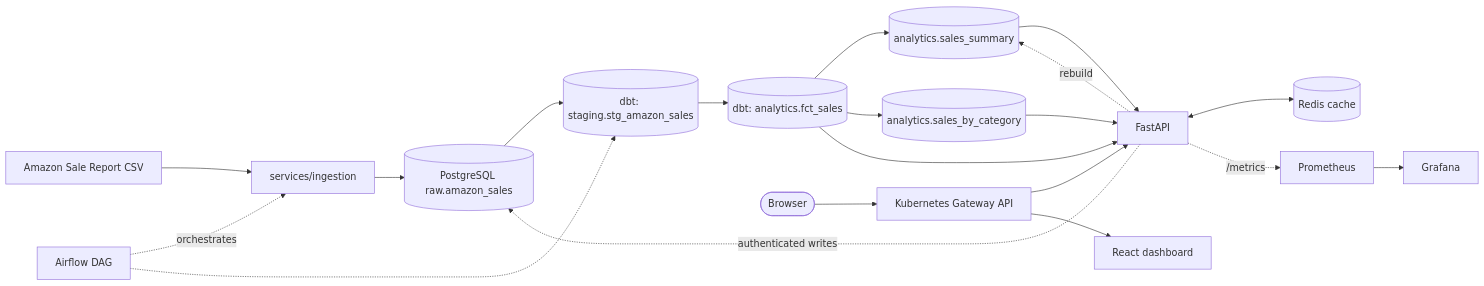
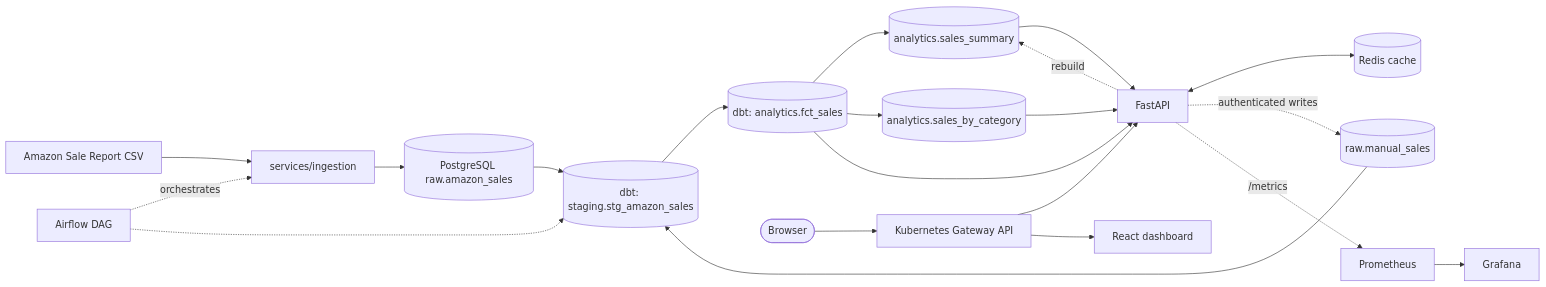
One commit to dvtbn19/e-commerce-sale-analysis-pipeline changed the diagram in README.md. Above: the diagram before and after it, drawn with Mermaid. The commit also changed other lines of this file, not shown here.

First line of the commit message:
docs: describe the two-source raw layer

````diff
--- a/README.md
+++ b/README.md
@@ -18,27 +18,28 @@
 ```mermaid
 flowchart LR
     CSV["Amazon Sale Report CSV"] --> ING["services/ingestion"]
     ING --> RAW[("PostgreSQL raw.amazon_sales")]
+    MANUAL[("raw.manual_sales")] --> STG
     RAW --> STG[("dbt: staging.stg_amazon_sales")]
     STG --> FACT[("dbt: analytics.fct_sales")]
     FACT --> SUMM[("analytics.sales_summary")]
     FACT --> CAT[("analytics.sales_by_category")]
 
     SUMM --> API["FastAPI"]
     CAT --> API
     FACT --> API
     API <--> REDIS[("Redis cache")]
 
     GATEWAY["Kubernetes Gateway API"] --> API
     GATEWAY --> FRONTEND["React dashboard"]
     USER(["Browser"]) --> GATEWAY
 
-    API -. "authenticated writes" .-> RAW
+    API -. "authenticated writes" .-> MANUAL
     API -. rebuild .-> SUMM
 
     AIRFLOW["Airflow DAG"] -. orchestrates .-> ING
     AIRFLOW -.-> STG
 
     API -. "/metrics" .-> PROM["Prometheus"]
     PROM --> GRAF["Grafana"]
 ```
````
